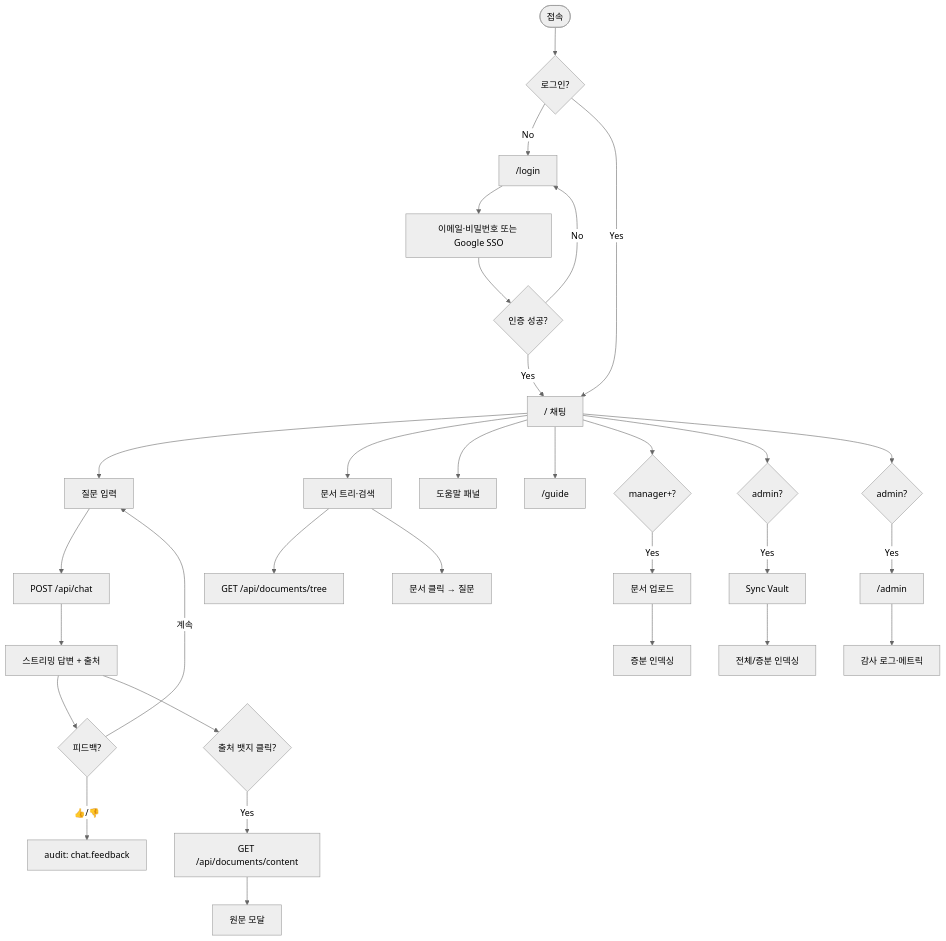
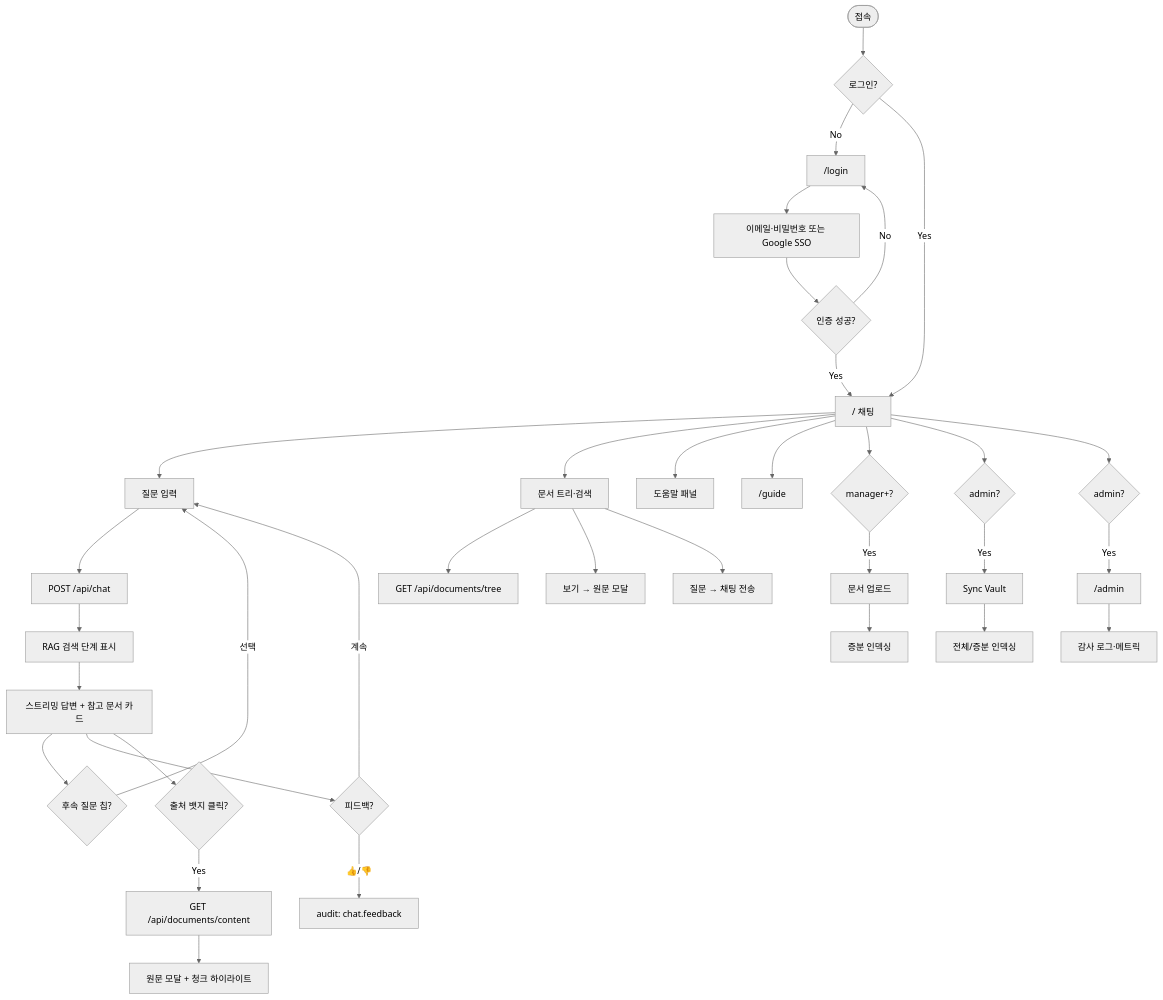
Before and after one commit to dayainow/corp-brain: the first of 5 diagrams in docs/deliverables/04_화면흐름도.md, drawn with Mermaid (neutral theme). The commit also changed other lines of this file and 7 other files, not shown here.

````diff
--- a/docs/deliverables/04_화면흐름도.md
+++ b/docs/deliverables/04_화면흐름도.md
@@ -13,39 +13,43 @@
 ```mermaid
 flowchart TD
     Start([접속]) --> Auth{로그인?}
     Auth -->|No| Login["/login"]
     Login --> Cred[이메일·비밀번호 또는 Google SSO]
     Cred --> AuthOK{인증 성공?}
     AuthOK -->|No| Login
     AuthOK -->|Yes| Chat["/ 채팅"]
     Auth -->|Yes| Chat
 
     Chat --> Q[질문 입력]
     Q --> API["POST /api/chat"]
-    API --> Ans[스트리밍 답변 + 출처]
+    API --> SearchPhase[RAG 검색 단계 표시]
+    SearchPhase --> Ans[스트리밍 답변 + 참고 문서 카드]
+    Ans --> FollowUp{후속 질문 칩?}
+    FollowUp -->|선택| Q
     Ans --> FB{피드백?}
     FB -->|👍/👎| AuditF[audit: chat.feedback]
     FB -->|계속| Q
 
     Chat --> Tree[문서 트리·검색]
     Tree --> TreeAPI["GET /api/documents/tree"]
-    Tree --> DocQ[문서 클릭 → 질문]
+    Tree --> DocPreview[보기 → 원문 모달]
+    Tree --> DocQ[질문 → 채팅 전송]
 
     Ans --> Cite{출처 뱃지 클릭?}
     Cite -->|Yes| Preview["GET /api/documents/content"]
-    Preview --> Modal[원문 모달]
+    Preview --> Modal[원문 모달 + 청크 하이라이트]
 
     Chat --> Help[도움말 패널]
     Chat --> Guide["/guide"]
     Chat --> Upload{manager+?}
     Upload -->|Yes| UpModal[문서 업로드]
     UpModal --> Index1[증분 인덱싱]
 
     Chat --> Sync{admin?}
     Sync -->|Yes| SyncBtn[Sync Vault]
     SyncBtn --> Index2[전체/증분 인덱싱]
 
     Chat --> AdminLink{admin?}
     AdminLink -->|Yes| Admin["/admin"]
     Admin --> Logs[감사 로그·메트릭]
 ```
````
